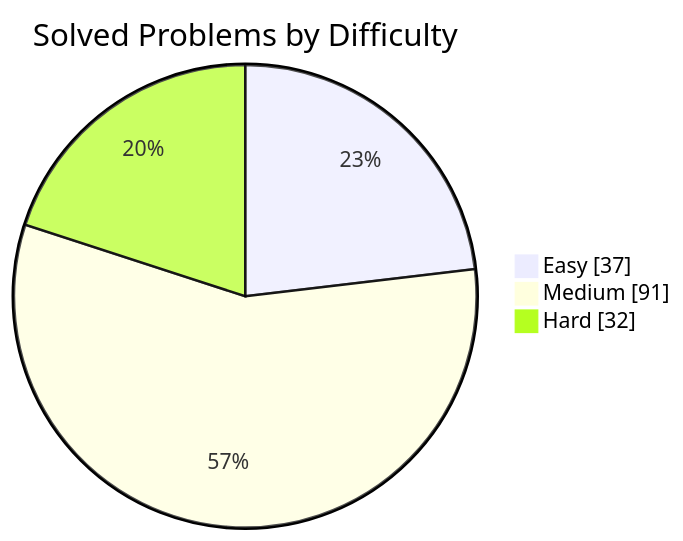
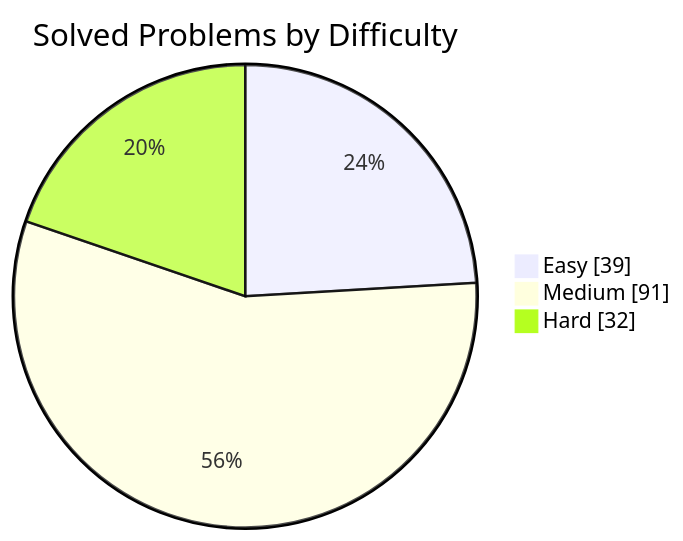
Before and after one commit to manikantbindass/DSA-Preparation-FAANG: the first of 2 diagrams in README.md, drawn with Mermaid. The commit also changed other lines of this file, not shown here.

````diff
--- a/README.md
+++ b/README.md
@@ -38,7 +38,7 @@
 ```mermaid
 pie showData
     title Solved Problems by Difficulty
-    "Easy" : 37
+    "Easy" : 39
     "Medium" : 91
     "Hard" : 32
 ```
````
